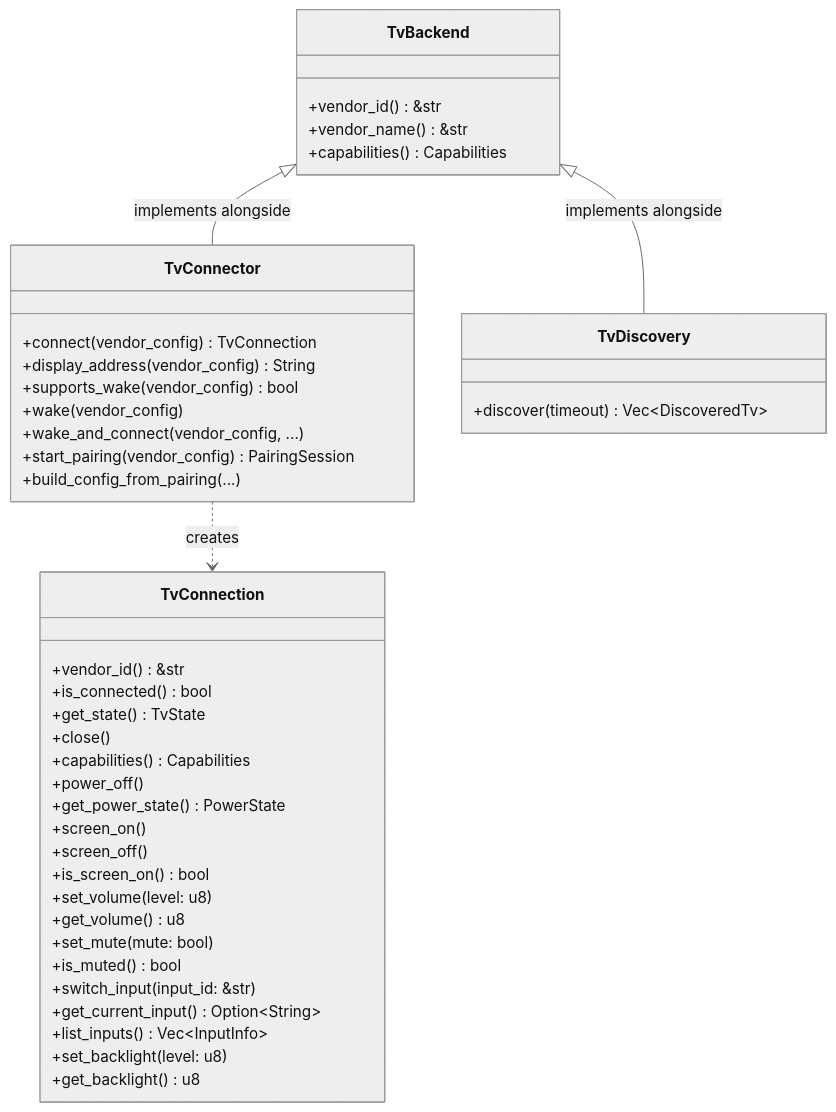
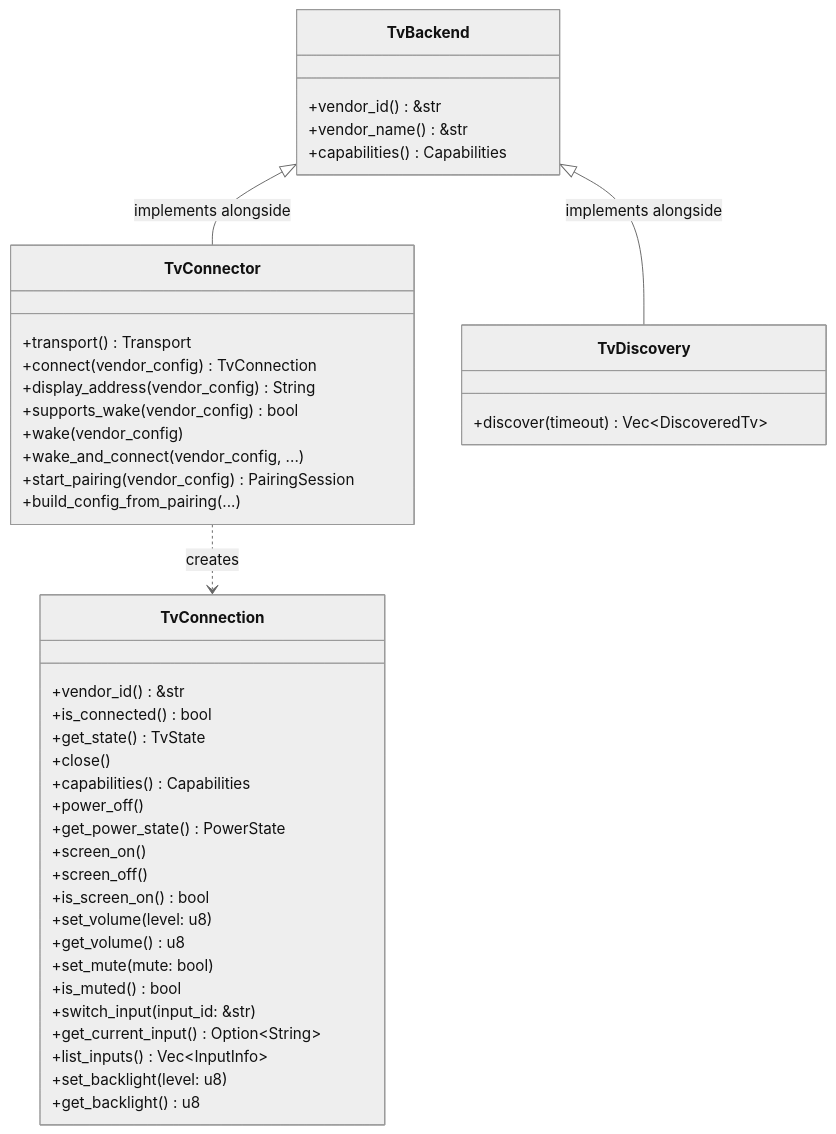
Before and after one commit to TisVlay/TisVlay: the third of 4 diagrams in docs/design.md, drawn with Mermaid (neutral theme). The commit also changed other lines of this file and 20 other files, not shown here.

````diff
--- a/docs/design.md
+++ b/docs/design.md
@@ -97,48 +97,49 @@
 ```mermaid
 classDiagram
     class TvBackend {
         +vendor_id() &str
         +vendor_name() &str
         +capabilities() Capabilities
     }
 
     class TvConnector {
+        +transport() Transport
         +connect(vendor_config) TvConnection
         +display_address(vendor_config) String
         +supports_wake(vendor_config) bool
         +wake(vendor_config)
         +wake_and_connect(vendor_config, ...)
         +start_pairing(vendor_config) PairingSession
         +build_config_from_pairing(...)
     }
 
     class TvDiscovery {
         +discover(timeout) Vec~DiscoveredTv~
     }
 
     class TvConnection {
         +vendor_id() &str
         +is_connected() bool
         +get_state() TvState
         +close()
         +capabilities() Capabilities
         +power_off()
         +get_power_state() PowerState
         +screen_on()
         +screen_off()
         +is_screen_on() bool
         +set_volume(level: u8)
         +get_volume() u8
         +set_mute(mute: bool)
         +is_muted() bool
         +switch_input(input_id: &str)
         +get_current_input() Option~String~
         +list_inputs() Vec~InputInfo~
         +set_backlight(level: u8)
         +get_backlight() u8
     }
 
     TvBackend <|-- TvConnector : implements alongside
     TvBackend <|-- TvDiscovery : implements alongside
     TvConnector ..> TvConnection : creates
 ```
````
